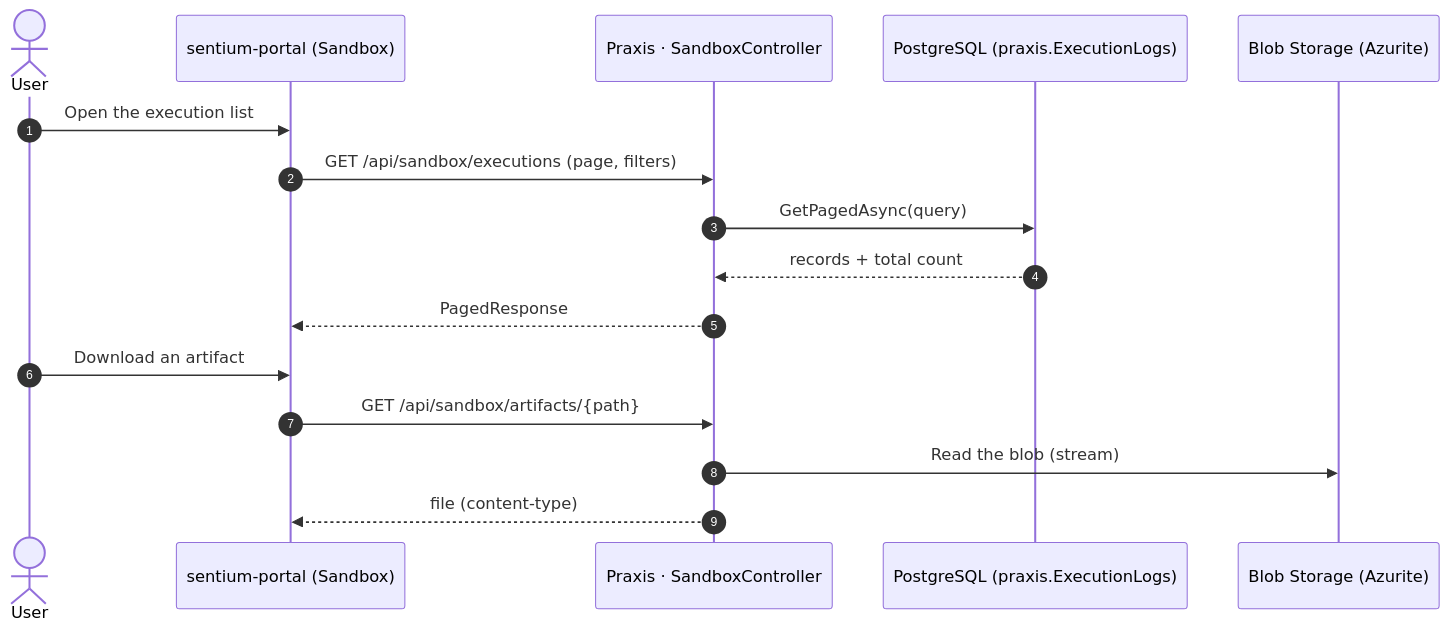
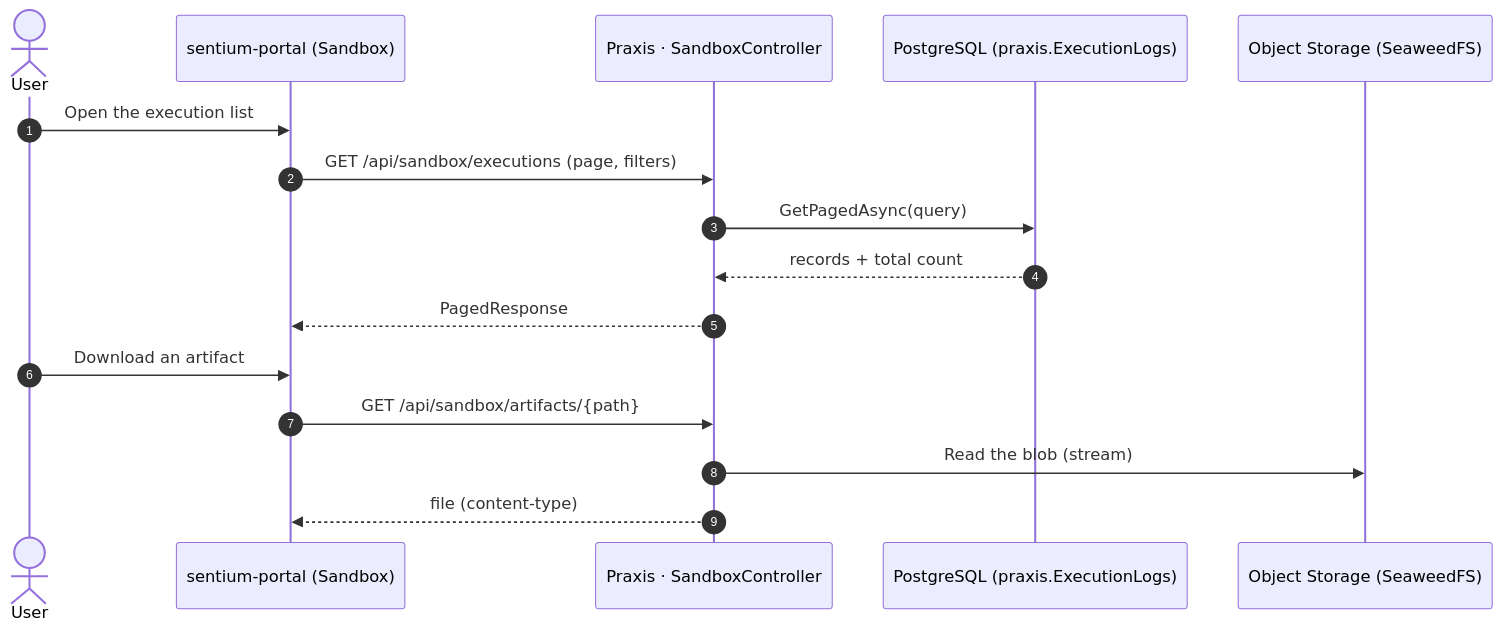
One commit to mihailshterev/sentium changed the diagram in docs/diagrams/sandbox-3-execution-review.md. Above: the diagram before and after it, drawn with Mermaid. The commit also changed 78 other files, not shown here.

Commit message:
feat(storage): replace Azurite with SeaweedFS behind a vendor-neutral S3 object store (#196)

````diff
--- a/docs/diagrams/sandbox-3-execution-review.md
+++ b/docs/diagrams/sandbox-3-execution-review.md
@@ -1,19 +1,19 @@
 ```mermaid
 sequenceDiagram
     autonumber
     actor U as User
     participant FE as sentium-portal (Sandbox)
     participant SC as Praxis · SandboxController
     participant LOG as PostgreSQL (praxis.ExecutionLogs)
-    participant BL as Blob Storage (Azurite)
+    participant BL as Object Storage (SeaweedFS)
 
     U->>FE: Open the execution list
     FE->>SC: GET /api/sandbox/executions (page, filters)
     SC->>LOG: GetPagedAsync(query)
     LOG-->>SC: records + total count
     SC-->>FE: PagedResponse
     U->>FE: Download an artifact
     FE->>SC: GET /api/sandbox/artifacts/{path}
     SC->>BL: Read the blob (stream)
     SC-->>FE: file (content-type)
 ```
````
